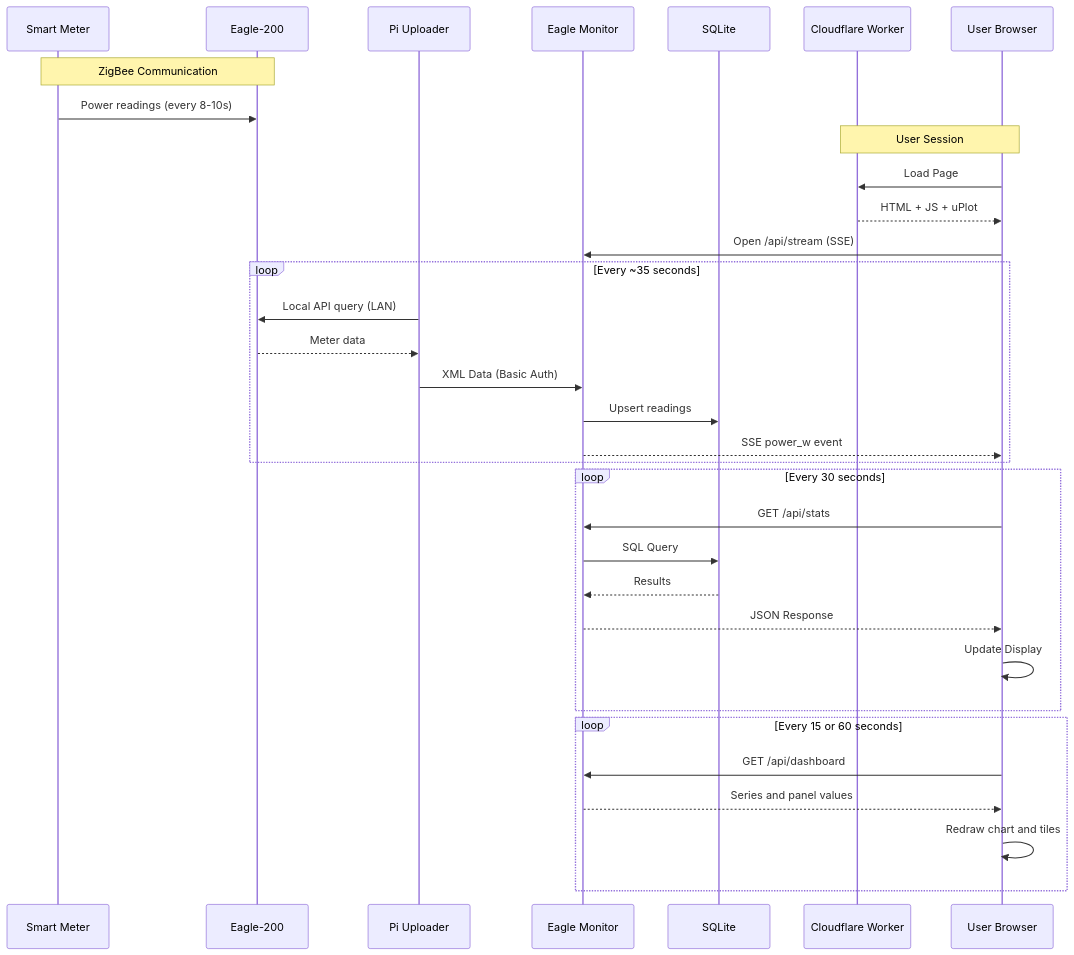
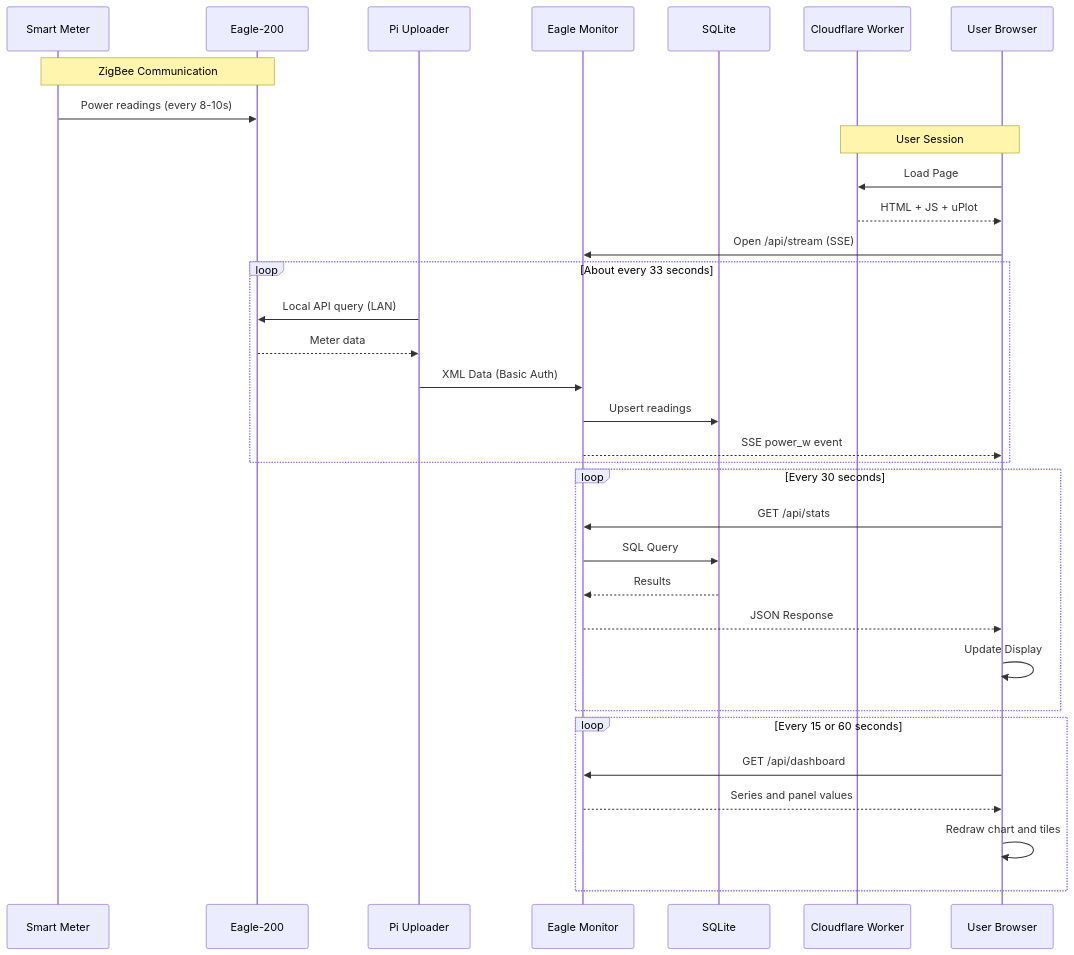
One commit to murr2k/linknode-com changed the fifth of 9 diagrams in docs/THEORY_OF_OPERATION.md. Above: the diagram before and after it, drawn with Mermaid. The commit also changed other lines of this file and 12 other files, not shown here.

````diff
--- a/docs/THEORY_OF_OPERATION.md
+++ b/docs/THEORY_OF_OPERATION.md
@@ -308,40 +309,40 @@
 ```mermaid
 sequenceDiagram
     participant SM as Smart Meter
     participant E200 as Eagle-200
     participant PI as Pi Uploader
     participant EM as Eagle Monitor
     participant DB as SQLite
     participant CF as Cloudflare Worker
     participant USER as User Browser
 
     Note over SM,E200: ZigBee Communication
     SM->>E200: Power readings (every 8-10s)
 
     Note over USER,CF: User Session
     USER->>CF: Load Page
     CF-->>USER: HTML + JS + uPlot
     USER->>EM: Open /api/stream (SSE)
 
-    loop Every ~35 seconds
+    loop About every 33 seconds
         PI->>E200: Local API query (LAN)
         E200-->>PI: Meter data
         PI->>EM: XML Data (Basic Auth)
         EM->>DB: Upsert readings
         EM-->>USER: SSE power_w event
     end
 
     loop Every 30 seconds
         USER->>EM: GET /api/stats
         EM->>DB: SQL Query
         DB-->>EM: Results
         EM-->>USER: JSON Response
         USER->>USER: Update Display
     end
 
     loop Every 15 or 60 seconds
         USER->>EM: GET /api/dashboard
         EM-->>USER: Series and panel values
         USER->>USER: Redraw chart and tiles
     end
 ```
````
